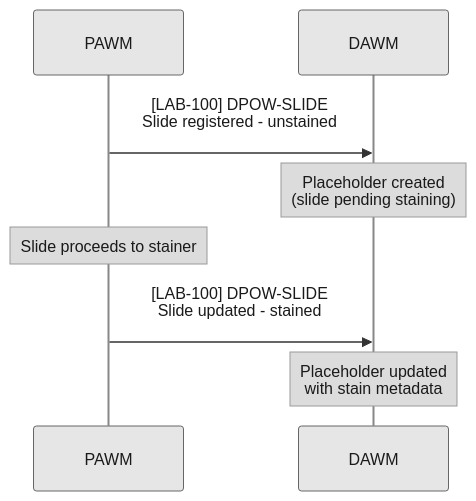
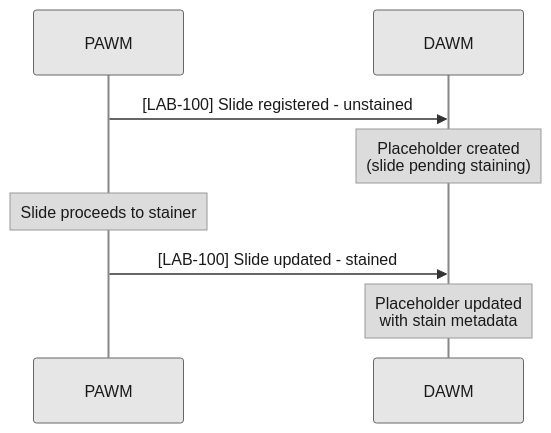
One commit to rufern/PaLM.DPOW changed the fifth of 8 diagrams in input/pagecontent/volume-1.md. Above: the diagram before and after it, drawn with Mermaid. The commit also changed other lines of this file and 8 other files, not shown here.

````diff
--- a/input/pagecontent/volume-1.md
+++ b/input/pagecontent/volume-1.md
@@ -283,14 +286,14 @@
 ```mermaid
 %%{init: {"theme":"base","themeVariables":{"primaryColor":"#e6e6e6","primaryBorderColor":"#666666","primaryTextColor":"#1a1a1a","lineColor":"#555555","textColor":"#1a1a1a","mainBkg":"#e6e6e6","nodeBorder":"#666666","clusterBkg":"#f5f5f5","clusterBorder":"#999999","actorBkg":"#e6e6e6","actorBorder":"#666666","actorTextColor":"#1a1a1a","actorLineColor":"#888888","signalColor":"#333333","signalTextColor":"#1a1a1a","noteBkgColor":"#dcdcdc","noteTextColor":"#1a1a1a","noteBorderColor":"#999999","labelBoxBkgColor":"#dcdcdc","labelBoxBorderColor":"#999999","labelTextColor":"#1a1a1a","edgeLabelBackground":"#f5f5f5","sequenceNumberColor":"#1a1a1a"}}}%%
 sequenceDiagram
   participant PAWM as PAWM
   participant DAWM as DAWM
 
-  PAWM->>DAWM: [LAB-100] DPOW-SLIDE <br/>Slide registered - unstained<br/>
+  PAWM->>DAWM: [LAB-100] Slide registered - unstained
   Note over DAWM: Placeholder created<br/>(slide pending staining)
 
   Note over PAWM: Slide proceeds to stainer
 
-  PAWM->>DAWM: [LAB-100] DPOW-SLIDE<br/>Slide updated - stained<br/>
+  PAWM->>DAWM: [LAB-100] Slide updated - stained
   Note over DAWM: Placeholder updated<br/>with stain metadata
 ```
````
